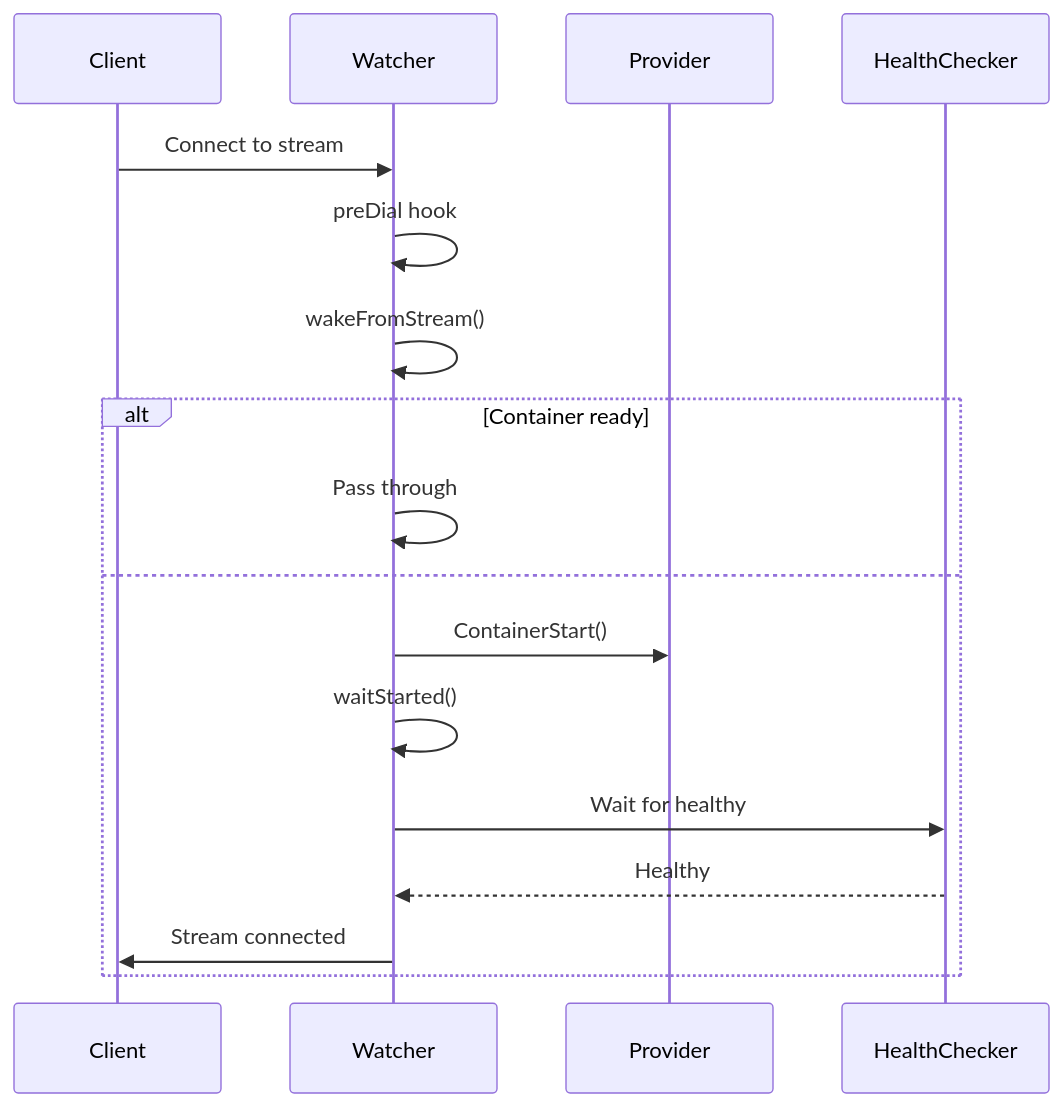
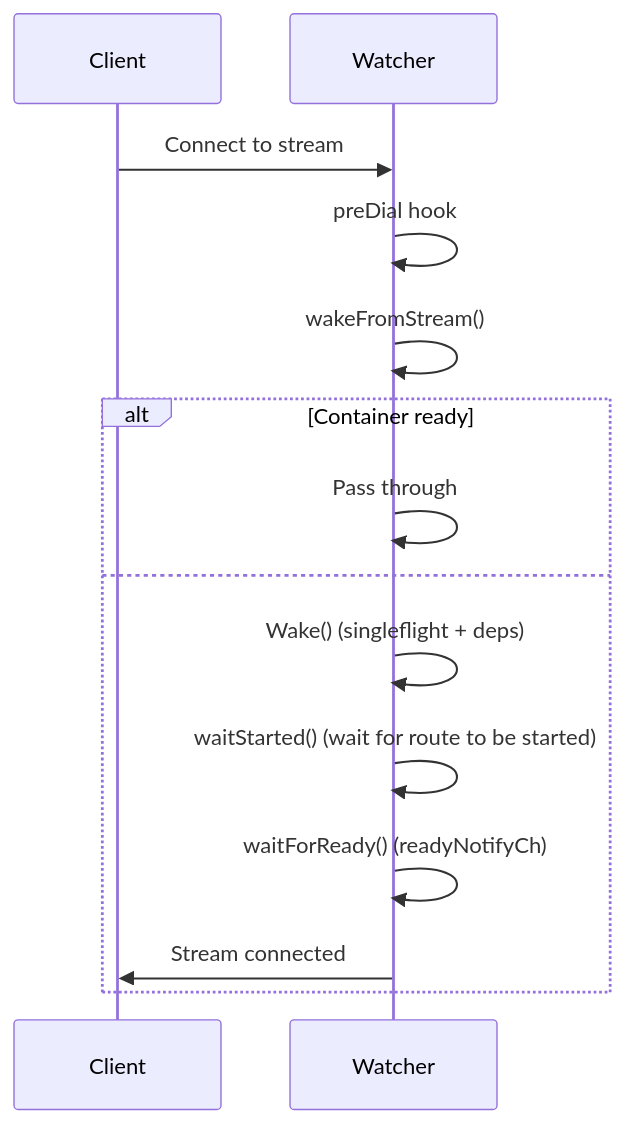
One commit to yusing/godoxy changed the sixth of 11 diagrams in internal/idlewatcher/README.md. Above: the diagram before and after it, drawn with Mermaid. The commit also changed other lines of this file, not shown here.

````diff
--- a/internal/idlewatcher/README.md
+++ b/internal/idlewatcher/README.md
@@ -191,20 +205,17 @@
 ```mermaid
 sequenceDiagram
     participant C as Client
     participant W as Watcher
-    participant P as Provider
-    participant H as HealthChecker
 
     C->>W: Connect to stream
     W->>W: preDial hook
     W->>W: wakeFromStream()
     alt Container ready
         W->>W: Pass through
     else
-        W->>P: ContainerStart()
-        W->>W: waitStarted()
-        W->>H: Wait for healthy
-        H-->>W: Healthy
+        W->>W: Wake() (singleflight + deps)
+        W->>W: waitStarted() (wait for route to be started)
+        W->>W: waitForReady() (readyNotifyCh)
         W->>C: Stream connected
     end
 ```
````
